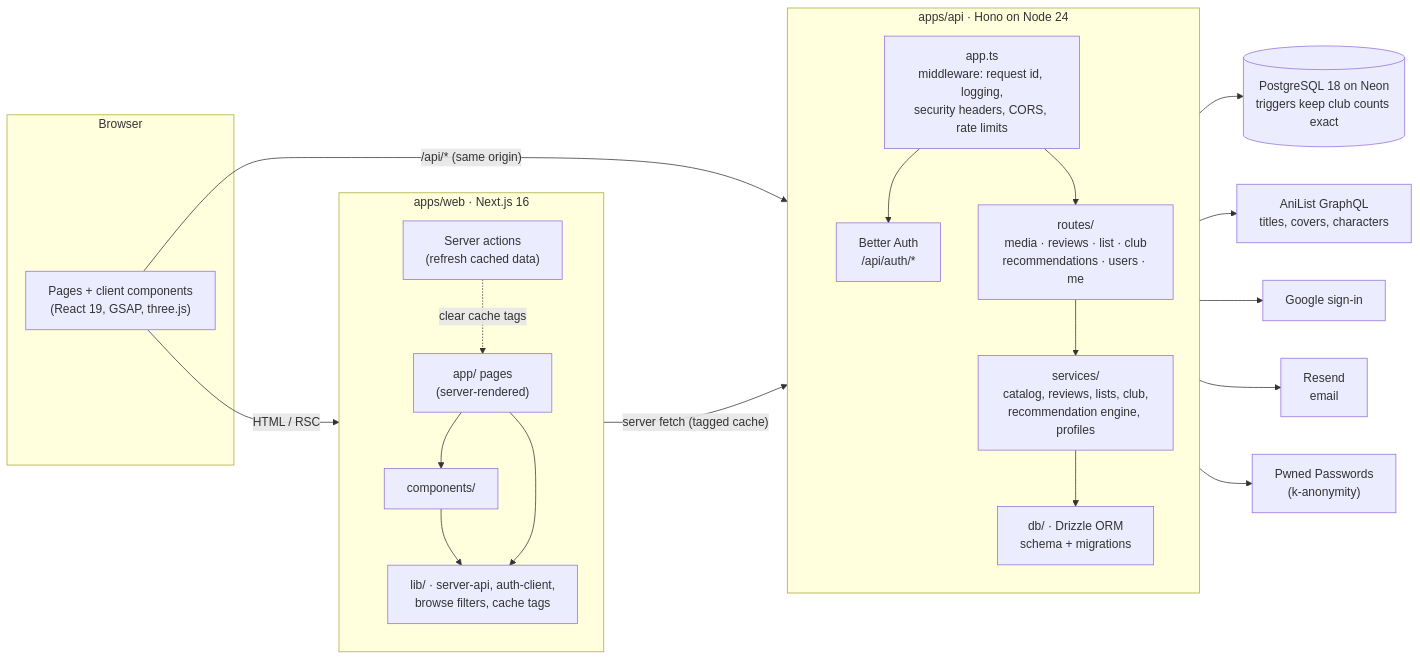
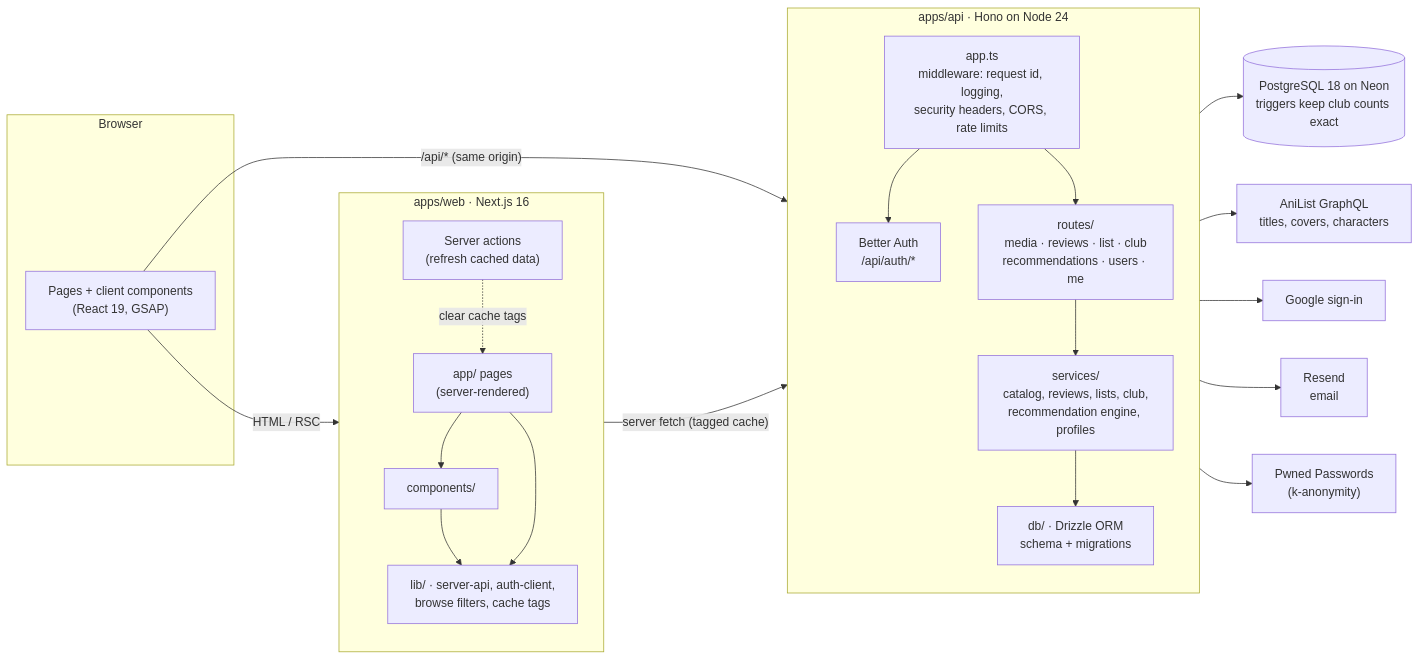
Before and after one commit to sbulusu-png/anime-manga-club: the diagram in README.md, drawn with Mermaid. The commit also changed other lines of this file and 75 other files, not shown here.

````diff
--- a/README.md
+++ b/README.md
@@ -19,43 +21,43 @@
 ```mermaid
 flowchart LR
   subgraph Browser
-    UI["Pages + client components<br/>(React 19, GSAP, three.js)"]
+    UI["Pages + client components<br/>(React 19, GSAP)"]
   end
 
   subgraph Web["apps/web · Next.js 16"]
     direction TB
     Pages["app/ pages<br/>(server-rendered)"]
     Components["components/"]
     WebLib["lib/ · server-api, auth-client,<br/>browse filters, cache tags"]
     Actions["Server actions<br/>(refresh cached data)"]
     Pages --> Components --> WebLib
     Pages --> WebLib
   end
 
   subgraph API["apps/api · Hono on Node 24"]
     direction TB
     App["app.ts<br/>middleware: request id, logging,<br/>security headers, CORS, rate limits"]
     Auth["Better Auth<br/>/api/auth/*"]
     Routes["routes/<br/>media · reviews · list · club<br/>recommendations · users · me"]
     Services["services/<br/>catalog, reviews, lists, club,<br/>recommendation engine, profiles"]
     DB["db/ · Drizzle ORM<br/>schema + migrations"]
     App --> Auth
     App --> Routes --> Services --> DB
   end
 
   PG[("PostgreSQL 18 on Neon<br/>triggers keep club counts exact")]
   AniList["AniList GraphQL<br/>titles, covers, characters"]
   Google["Google sign-in"]
   Resend["Resend<br/>email"]
   HIBP["Pwned Passwords<br/>(k-anonymity)"]
 
   UI -- "HTML / RSC" --> Pages
   UI -- "/api/* (same origin)" --> App
   Pages -- "server fetch (tagged cache)" --> App
   Actions -. "clear cache tags" .-> Pages
   DB --> PG
   Services --> AniList
   Auth --> Google
   Auth --> Resend
   Auth --> HIBP
 ```
````
